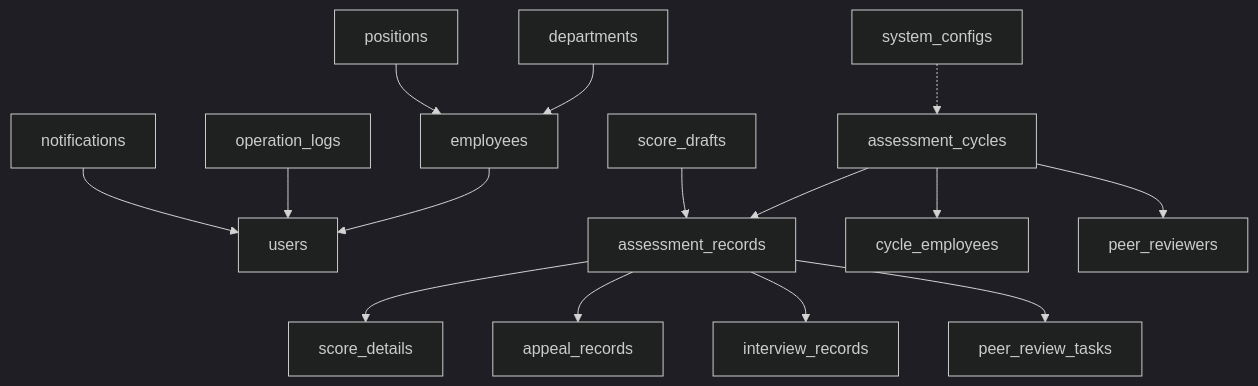
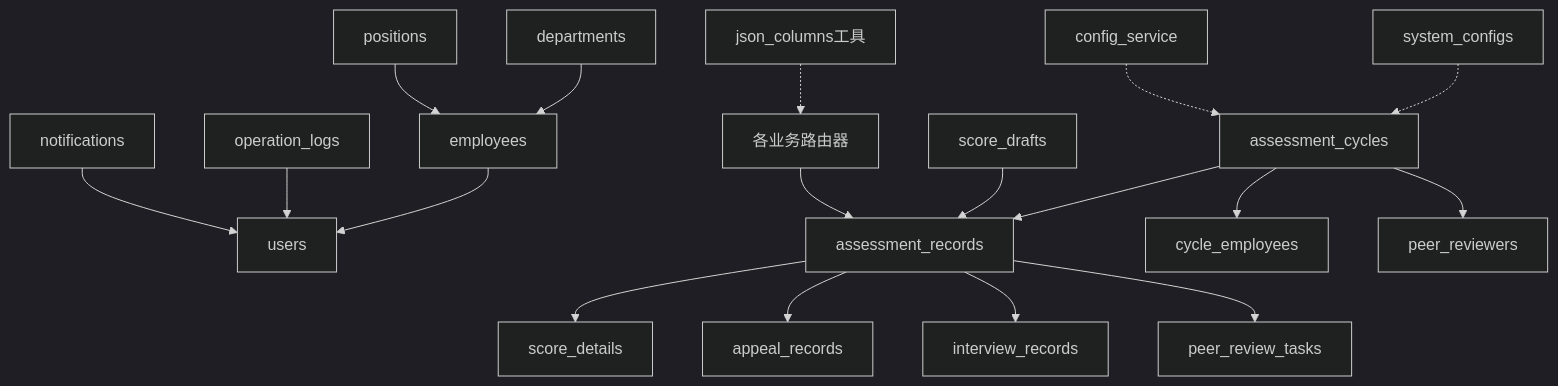
One commit to xgd561/performance_evaluation_system changed the fourth of 4 diagrams in .qoder/repowiki/zh/content/系统架构/数据库架构设计/表结构设计.md. Above: the diagram before and after it, drawn with Mermaid (dark theme). The commit also changed other lines of this file and 136 other files, not shown here.

````diff
--- a/.qoder/repowiki/zh/content/系统架构/数据库架构设计/表结构设计.md
+++ b/.qoder/repowiki/zh/content/系统架构/数据库架构设计/表结构设计.md
@@ -1083,17 +1138,20 @@
 ```mermaid
 graph TB
 Departments["departments"] --> Employees["employees"]
 Positions["positions"] --> Employees
 Employees --> Users["users"]
 AssessmentCycles["assessment_cycles"] --> AssessmentRecords["assessment_records"]
 AssessmentRecords --> ScoreDetails["score_details"]
 AssessmentRecords --> Appeals["appeal_records"]
 AssessmentRecords --> Interviews["interview_records"]
 AssessmentRecords --> PeerTasks["peer_review_tasks"]
 AssessmentCycles --> CycleEmployees["cycle_employees"]
 AssessmentCycles --> PeerReviewers["peer_reviewers"]
 OperationLogs["operation_logs"] --> Users
 Notifications["notifications"] --> Users
 ScoreDrafts["score_drafts"] --> AssessmentRecords
 SystemConfigs["system_configs"] -.-> AssessmentCycles
+ConfigService["config_service"] -.-> AssessmentCycles
+JsonColumns["json_columns工具"] -.-> Routers["各业务路由器"]
+Routers --> AssessmentRecords
 ```
````
